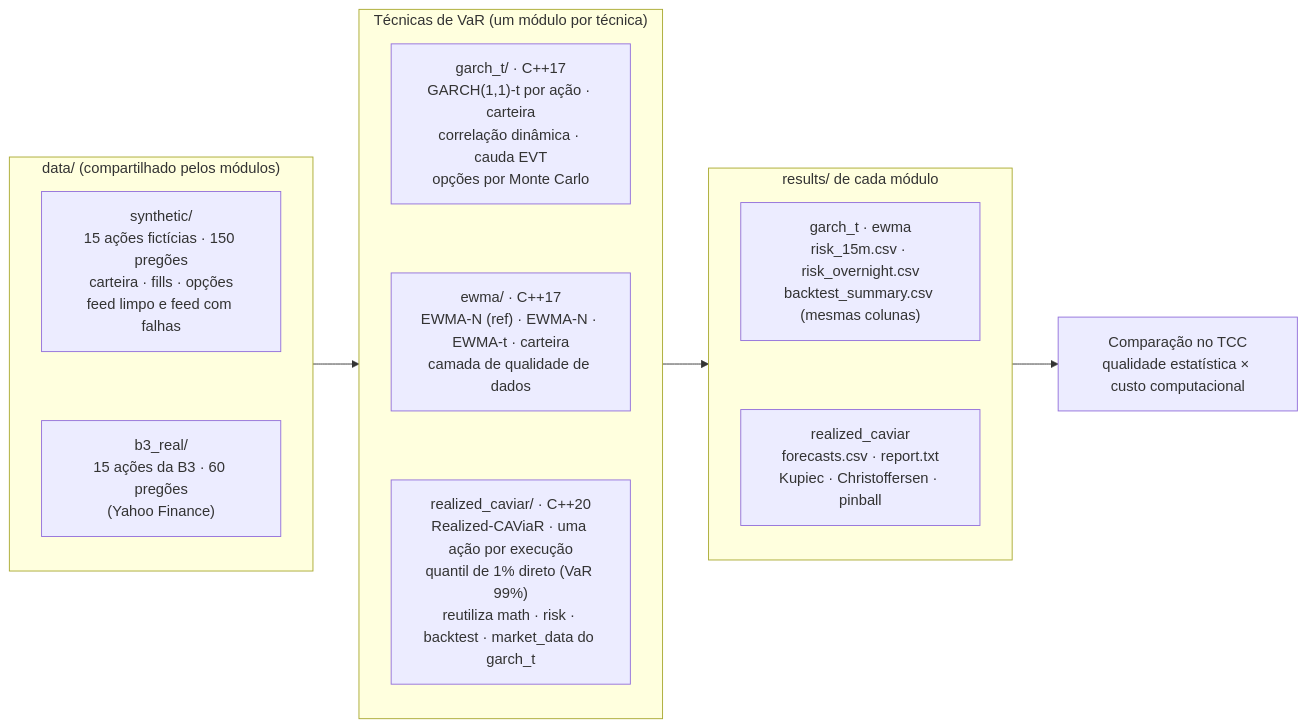
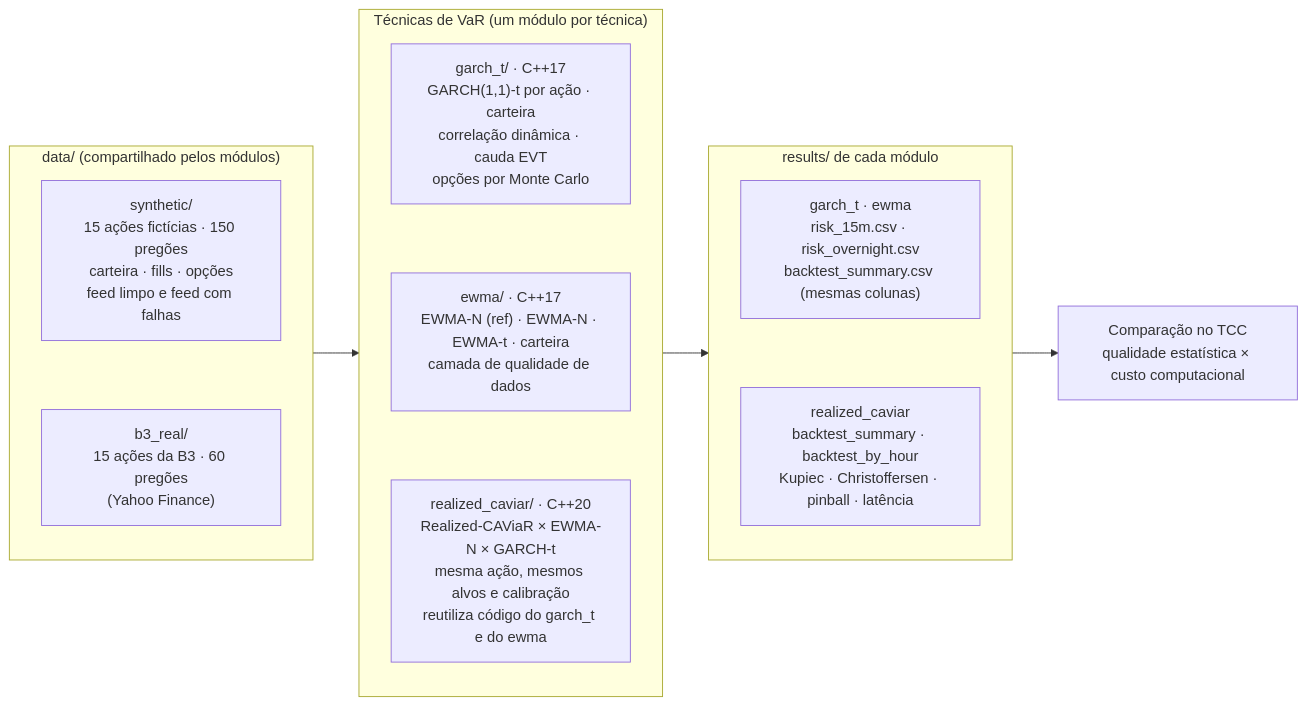
The diagram in architecture/00_visao_geral.mmd (gustavoscardino/intraday-risk-engine), drawn with Mermaid before and after one commit. The commit also changed 21 other files, not shown here.

```diff
--- a/architecture/00_visao_geral.mmd
+++ b/architecture/00_visao_geral.mmd
@@ -1,26 +1,26 @@
 flowchart LR
     subgraph Dados["data/ (compartilhado pelos módulos)"]
         direction TB
         SY["synthetic/<br/>15 ações fictícias · 150 pregões<br/>carteira · fills · opções<br/>feed limpo e feed com falhas"]
         B3["b3_real/<br/>15 ações da B3 · 60 pregões<br/>(Yahoo Finance)"]
         SY ~~~ B3
     end
 
     subgraph Tecnicas["Técnicas de VaR (um módulo por técnica)"]
         direction TB
         GT["garch_t/ · C++17<br/>GARCH(1,1)-t por ação · carteira<br/>correlação dinâmica · cauda EVT<br/>opções por Monte Carlo"]
         EW["ewma/ · C++17<br/>EWMA-N (ref) · EWMA-N · EWMA-t · carteira<br/>camada de qualidade de dados"]
-        RC["realized_caviar/ · C++20<br/>Realized-CAViaR · uma ação por execução<br/>quantil de 1% direto (VaR 99%)<br/>reutiliza math · risk · backtest · market_data do garch_t"]
+        RC["realized_caviar/ · C++20<br/>Realized-CAViaR × EWMA-N × GARCH-t<br/>mesma ação, mesmos alvos e calibração<br/>reutiliza código do garch_t e do ewma"]
         GT ~~~ EW ~~~ RC
     end
 
     subgraph Resultados["results/ de cada módulo"]
         direction TB
         RS["garch_t · ewma<br/>risk_15m.csv · risk_overnight.csv<br/>backtest_summary.csv (mesmas colunas)"]
-        BS["realized_caviar<br/>forecasts.csv · report.txt<br/>Kupiec · Christoffersen · pinball"]
+        BS["realized_caviar<br/>backtest_summary · backtest_by_hour<br/>Kupiec · Christoffersen · pinball · latência"]
         RS ~~~ BS
     end
 
     CMP["Comparação no TCC<br/>qualidade estatística × custo computacional"]
 
     Dados --> Tecnicas --> Resultados --> CMP
```
